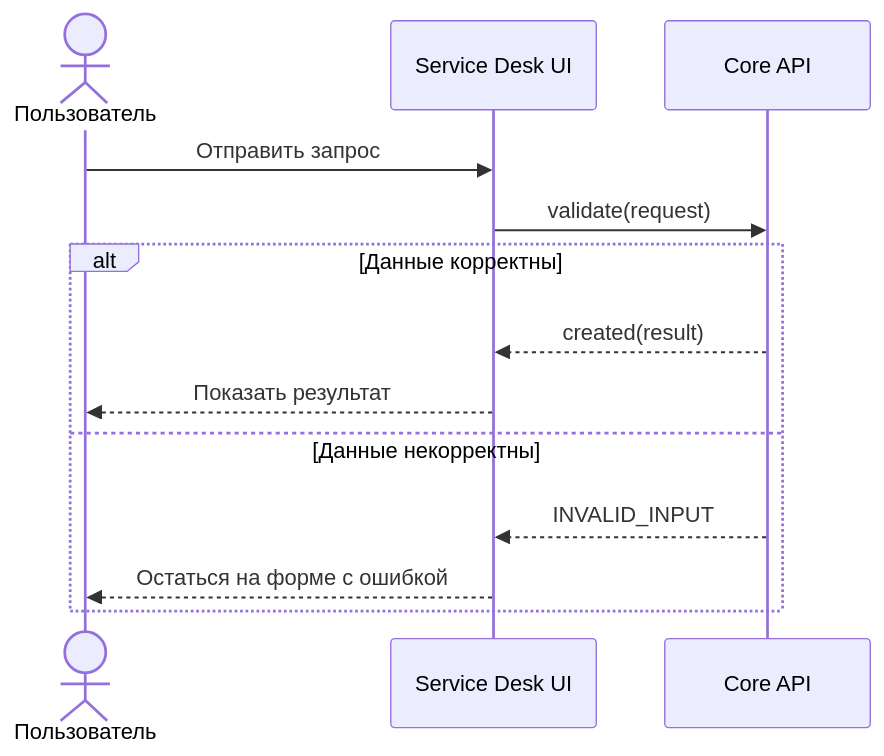
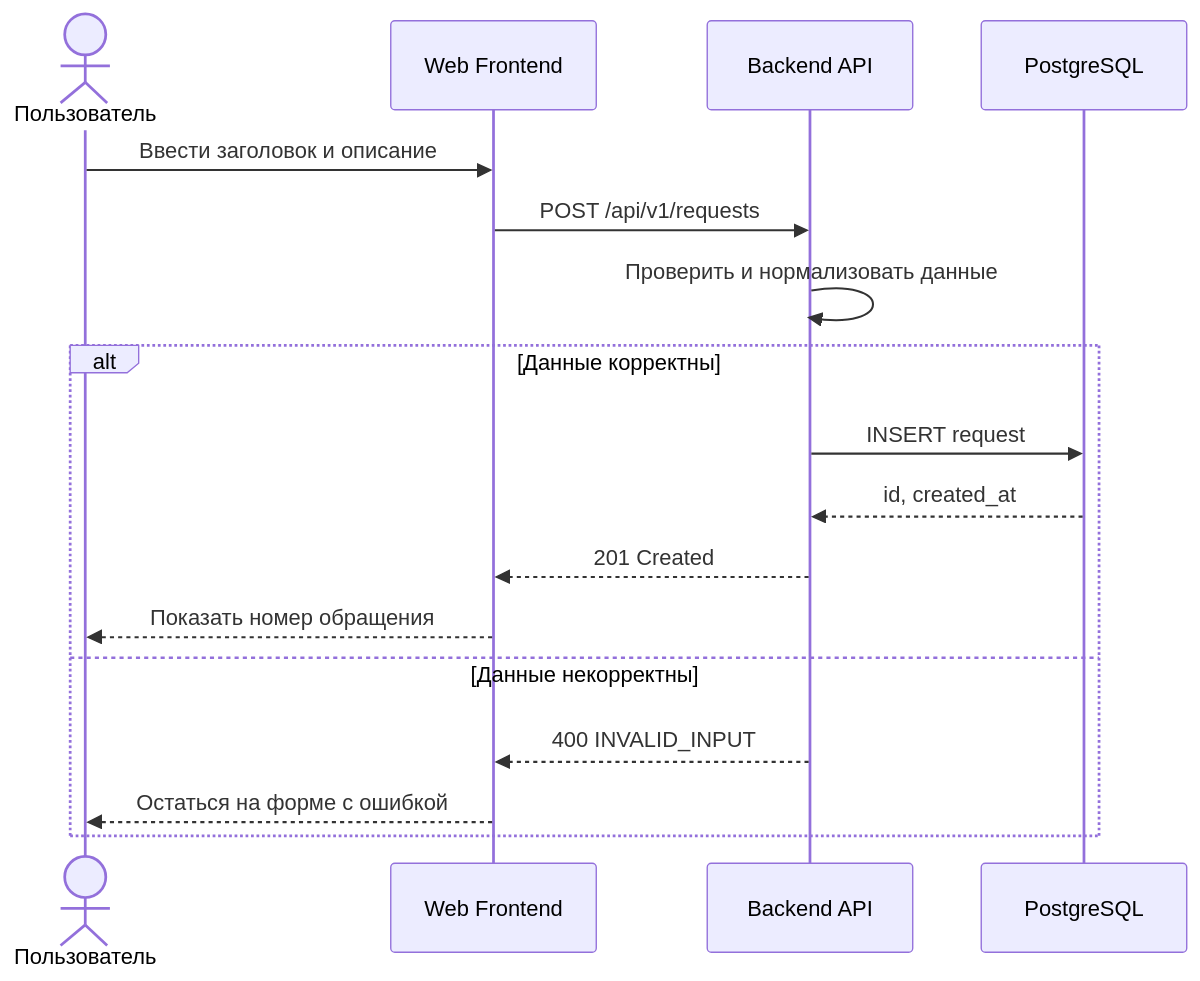
One commit to lumenikoly/toudocu changed the first of 3 diagrams in example/docs/flows/FLOW-CORE-REQUEST.md. Above: the diagram before and after it, drawn with Mermaid. The commit also changed 54 other files, not shown here.

First line of the commit message:
Enhance documentation and templates for use cases and flows

````diff
--- a/example/docs/flows/FLOW-CORE-REQUEST.md
+++ b/example/docs/flows/FLOW-CORE-REQUEST.md
@@ -13,15 +13,19 @@
 ```mermaid
 sequenceDiagram
     actor User as Пользователь
-    participant UI as Service Desk UI
-    participant API as Core API
-    User->>UI: Отправить запрос
-    UI->>API: validate(request)
+    participant UI as Web Frontend
+    participant API as Backend API
+    participant DB as PostgreSQL
+    User->>UI: Ввести заголовок и описание
+    UI->>API: POST /api/v1/requests
+    API->>API: Проверить и нормализовать данные
     alt Данные корректны
-        API-->>UI: created(result)
-        UI-->>User: Показать результат
+        API->>DB: INSERT request
+        DB-->>API: id, created_at
+        API-->>UI: 201 Created
+        UI-->>User: Показать номер обращения
     else Данные некорректны
-        API-->>UI: INVALID_INPUT
+        API-->>UI: 400 INVALID_INPUT
         UI-->>User: Остаться на форме с ошибкой
     end
 ```
````
